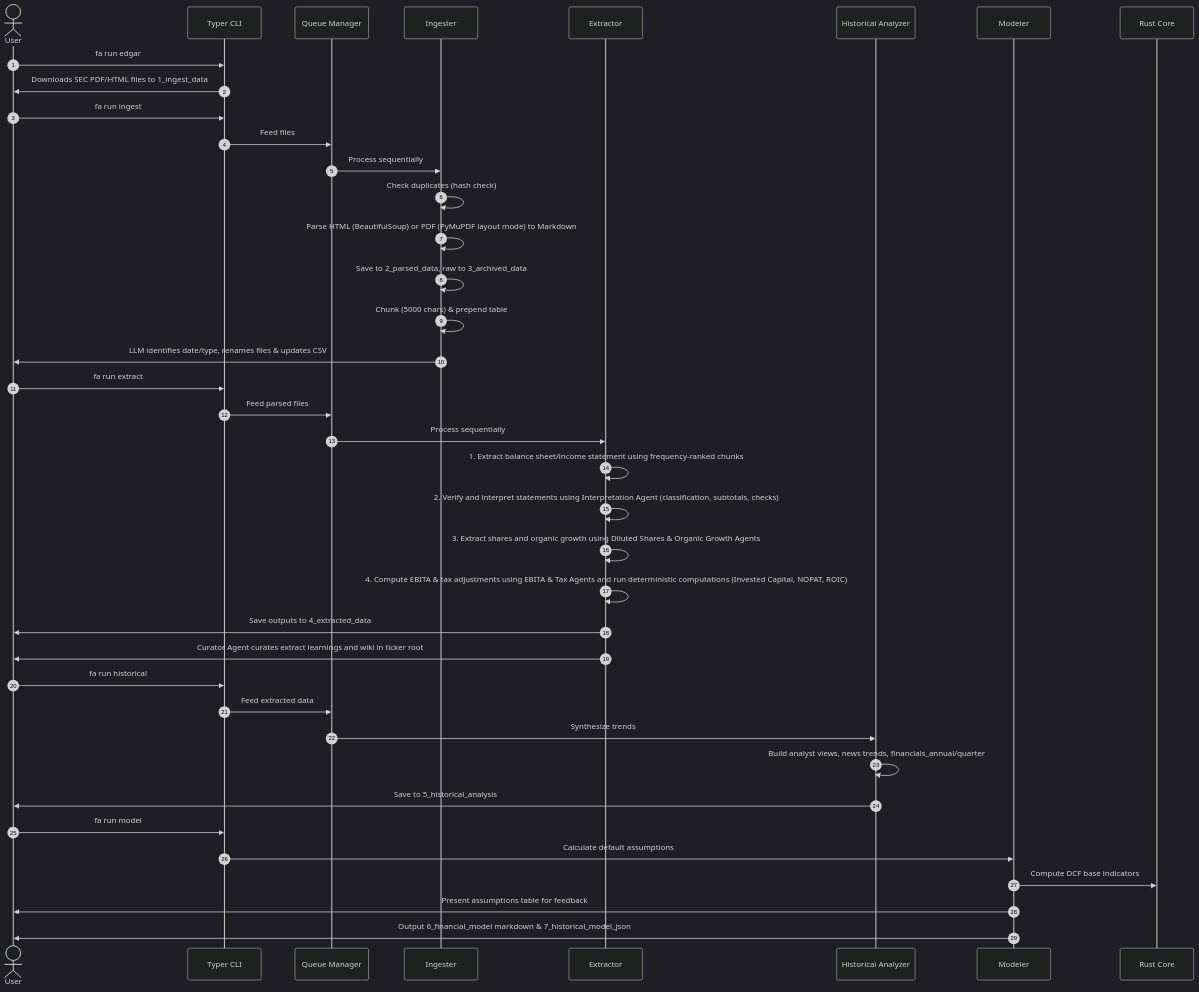
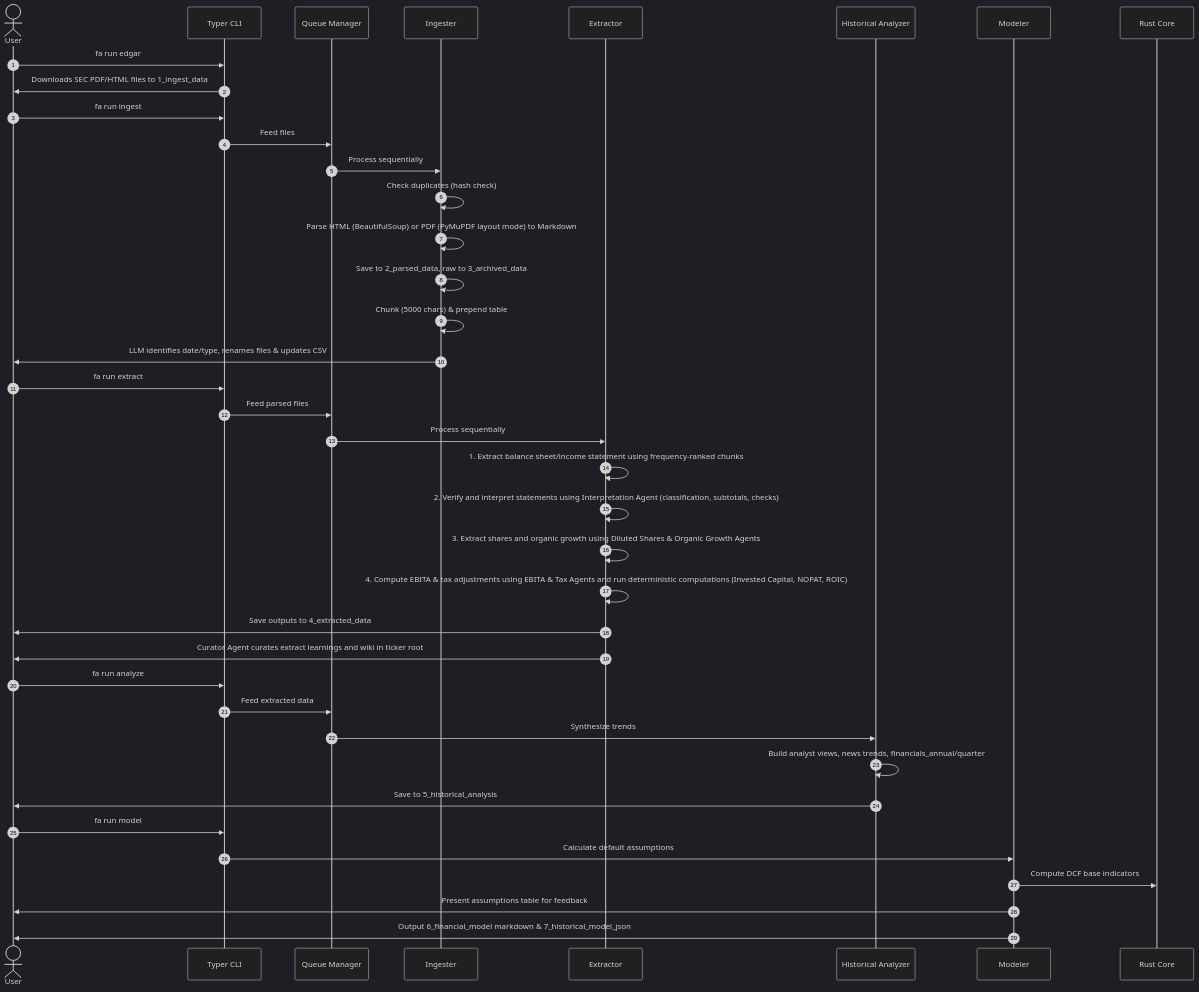
The second of 3 diagrams in docs/architecture.md (Ruinius/financial-analyst-cli), drawn with Mermaid (dark theme) before and after one commit. The commit also changed other lines of this file and 10 other files, not shown here.

````diff
--- a/docs/architecture.md
+++ b/docs/architecture.md
@@ -106,45 +106,45 @@
 ```mermaid
 sequenceDiagram
     autonumber
     actor User
     participant CLI as Typer CLI
     participant Queue as Queue Manager
     participant Ingest as Ingester
     participant Extract as Extractor
     participant Hist as Historical Analyzer
     participant Model as Modeler
     participant Rust as Rust Core
 
     User->>CLI: fa run edgar
     CLI->>User: Downloads SEC PDF/HTML files to 1_ingest_data
 
     User->>CLI: fa run ingest
     CLI->>Queue: Feed files
     Queue->>Ingest: Process sequentially
     Ingest->>Ingest: Check duplicates (hash check)
     Ingest->>Ingest: Parse HTML (BeautifulSoup) or PDF (PyMuPDF layout mode) to Markdown
     Ingest->>Ingest: Save to 2_parsed_data, raw to 3_archived_data
     Ingest->>Ingest: Chunk (5000 chars) & prepend table
     Ingest->>User: LLM identifies date/type, renames files & updates CSV
 
     User->>CLI: fa run extract
     CLI->>Queue: Feed parsed files
     Queue->>Extract: Process sequentially
     Extract->>Extract: 1. Extract balance sheet/income statement using frequency-ranked chunks
     Extract->>Extract: 2. Verify and interpret statements using Interpretation Agent (classification, subtotals, checks)
     Extract->>Extract: 3. Extract shares and organic growth using Diluted Shares & Organic Growth Agents
     Extract->>Extract: 4. Compute EBITA & tax adjustments using EBITA & Tax Agents and run deterministic computations (Invested Capital, NOPAT, ROIC)
     Extract->>User: Save outputs to 4_extracted_data
     Extract->>User: Curator Agent curates extract learnings and wiki in ticker root
-    User->>CLI: fa run historical
+    User->>CLI: fa run analyze
     CLI->>Queue: Feed extracted data
     Queue->>Hist: Synthesize trends
     Hist->>Hist: Build analyst views, news trends, financials_annual/quarter
     Hist->>User: Save to 5_historical_analysis
 
     User->>CLI: fa run model
     CLI->>Model: Calculate default assumptions
     Model->>Rust: Compute DCF base indicators
     Model->>User: Present assumptions table for feedback
     Model->>User: Output 6_financial_model markdown & 7_historical_model_json
 ```
````
